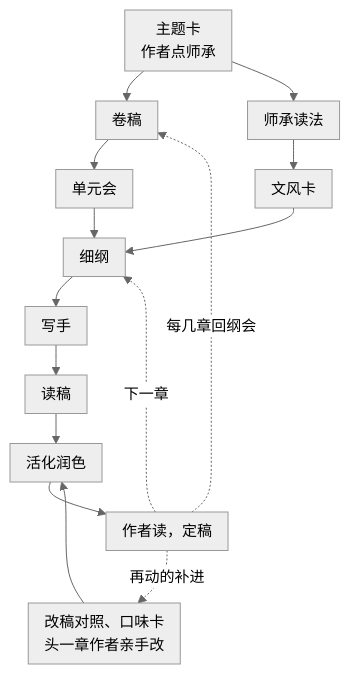
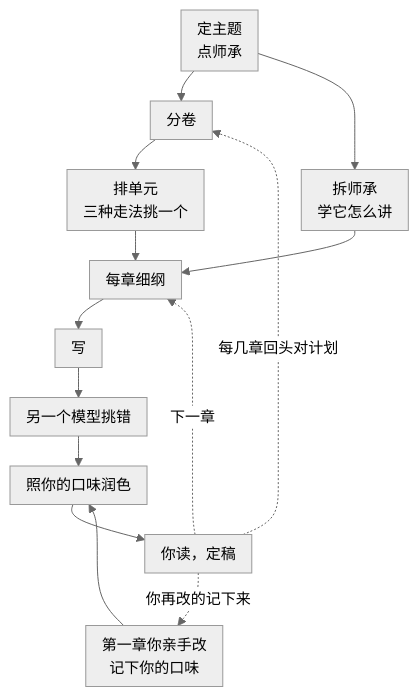
One commit to DRMCT/bazi-writing changed the second of 2 diagrams in README.md. Above: the diagram before and after it, drawn with Mermaid. The commit also changed other lines of this file and 14 other files, not shown here.

````diff
--- a/README.md
+++ b/README.md
@@ -120,9 +134,9 @@
 ```mermaid
 %%{init: {"theme": "neutral", "themeVariables": {"fontSize": "15px"}, "flowchart": {"nodeSpacing": 26, "rankSpacing": 30, "padding": 8}}}%%
 flowchart TB
-  C1["主题卡<br>作者点师承"] --> C2["卷稿"] --> C3["单元会"] --> C4["细纲"] --> C5["写手"] --> C6["读稿"] --> C7["活化润色"] --> C8["作者读，定稿"]
-  C1 --> S1["师承读法"] --> S2["文风卡"] --> C4
+  C1["定主题<br>点师承"] --> C2["分卷"] --> C3["排单元<br>三种走法挑一个"] --> C4["每章细纲"] --> C5["写"] --> C6["另一个模型挑错"] --> C7["照你的口味润色"] --> C8["你读，定稿"]
+  C1 --> S1["拆师承<br>学它怎么讲"] --> C4
   C8 -. 下一章 .-> C4
-  C8 -. 每几章回纲会 .-> C2
-  C8 -. 再动的补进 .-> K["改稿对照、口味卡<br>头一章作者亲手改"] --> C7
+  C8 -. 每几章回头对计划 .-> C2
+  C8 -. 你再改的记下来 .-> K["第一章你亲手改<br>记下你的口味"] --> C7
 ```
````
